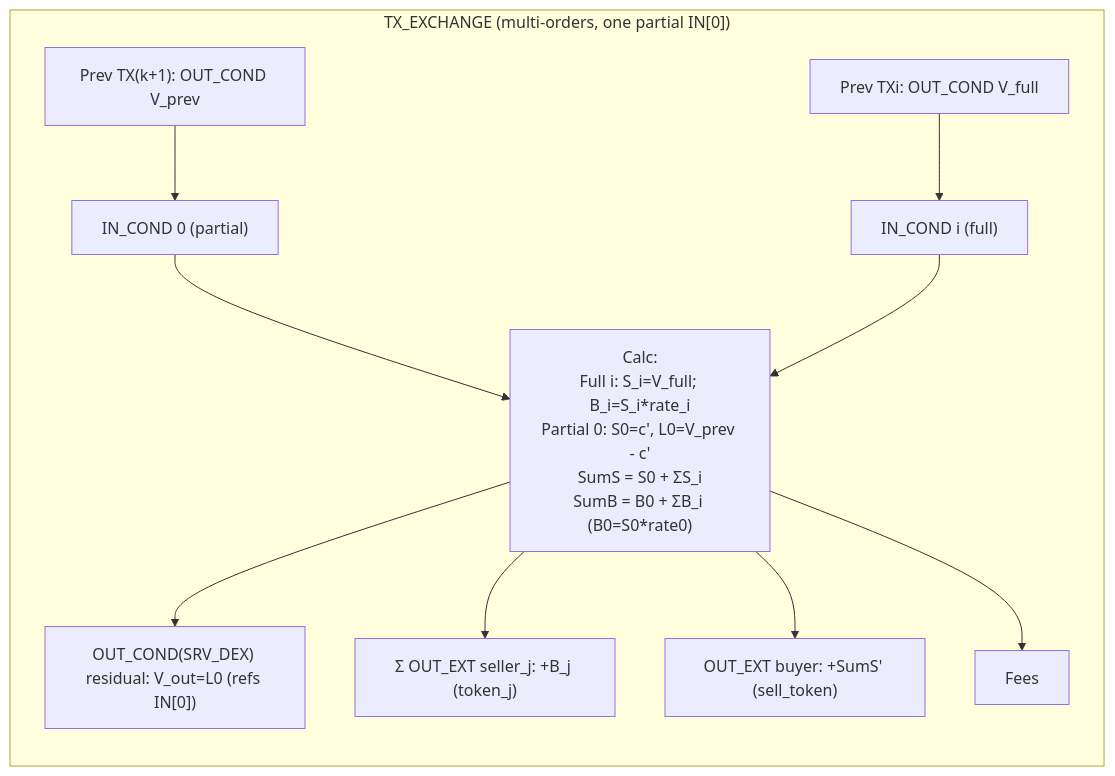
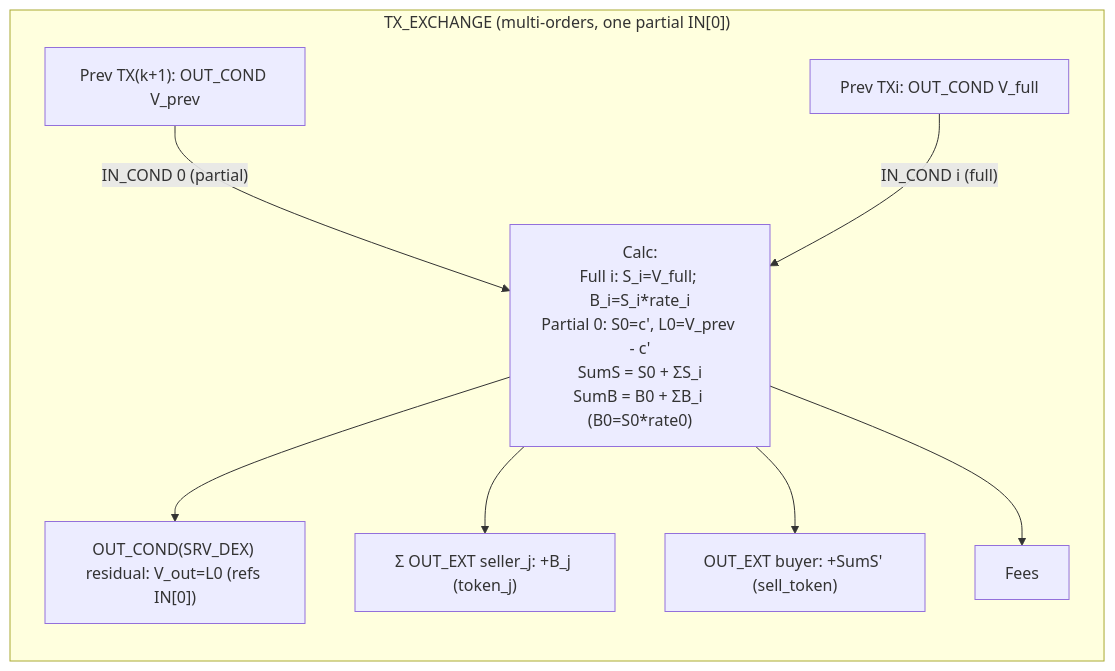
Before and after one commit to demlabs-cellframe/cellframe-sdk: the sixth of 8 diagrams in modules/service/dex/docs/11_DIAGRAMS.md, drawn with Mermaid. The commit also changed other lines of this file, not shown here.

````diff
--- a/modules/service/dex/docs/11_DIAGRAMS.md
+++ b/modules/service/dex/docs/11_DIAGRAMS.md
@@ -204,24 +185,20 @@
 ```mermaid
 flowchart LR
 
 subgraph EX_MULTI_ONE_PARTIAL["TX_EXCHANGE (multi-orders, one partial IN[0])"]
   direction TB
   PREV_PART["Prev TX(k+1): OUT_COND V_prev"]
   PREV_FULL["Prev TXi: OUT_COND V_full"]
-  IN0["IN_COND 0 (partial)"]
-  INi["IN_COND i (full)"]
   CALC["Calc:<br/>Full i: S_i=V_full; B_i=S_i*rate_i<br/>Partial 0: S0=c', L0=V_prev - c'<br/>SumS = S0 + ΣS_i<br/>SumB = B0 + ΣB_i (B0=S0*rate0)"]
   OUT_RES["OUT_COND(SRV_DEX) residual: V_out=L0 (refs IN[0])"]
   OUT_PAY_SELLERS["Σ OUT_EXT seller_j: +B_j (token_j)"]
   OUT_PAY_BUYER["OUT_EXT buyer: +SumS' (sell_token)"]
   FEES["Fees"]
-  PREV_PART --> IN0
-  PREV_FULL --> INi
-  IN0 --> CALC
-  INi --> CALC
+  PREV_PART -- "IN_COND 0 (partial)" --> CALC
+  PREV_FULL -- "IN_COND i (full)" --> CALC
   CALC --> OUT_RES
   CALC --> OUT_PAY_SELLERS
   CALC --> OUT_PAY_BUYER
   CALC --> FEES
 end
 ```
````
